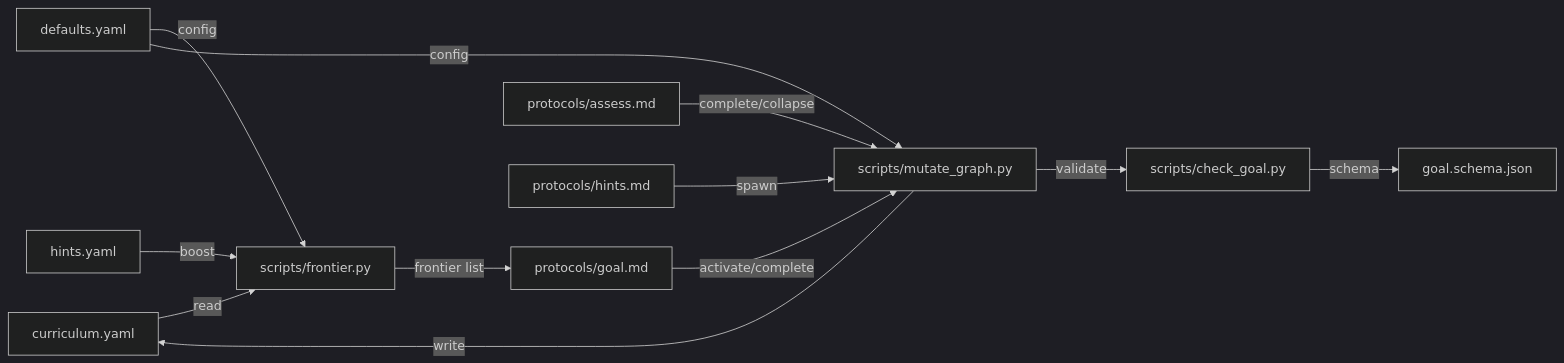
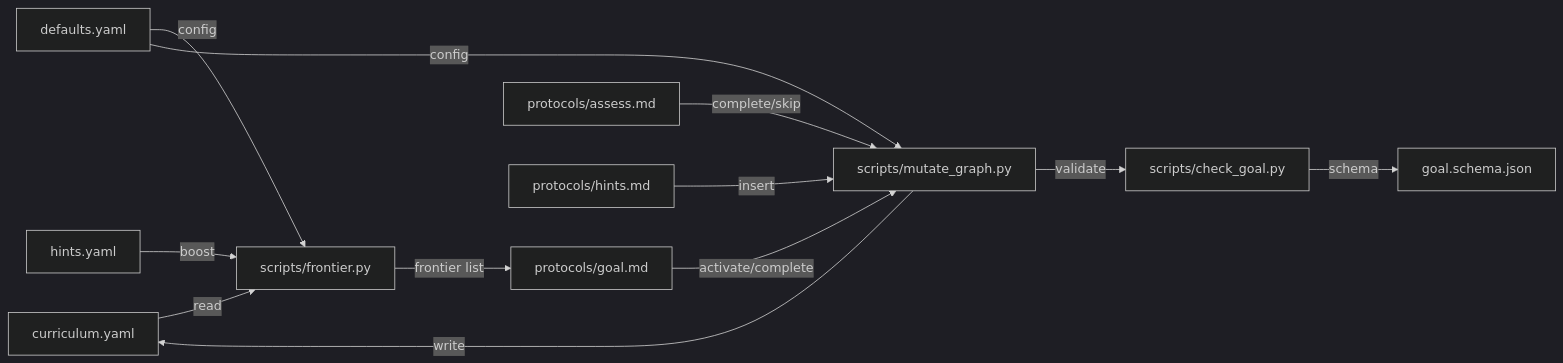
The diagram in docs/design/curriculum-graph.md (altakleos/sensei), drawn with Mermaid (dark theme) before and after one commit. The commit also changed other lines of this file and 36 other files, not shown here.

````diff
--- a/docs/design/curriculum-graph.md
+++ b/docs/design/curriculum-graph.md
@@ -96,14 +96,14 @@
 ```mermaid
 graph LR
     curriculum[curriculum.yaml] -->|read| frontier[scripts/frontier.py]
     hints[hints.yaml] -->|boost| frontier
     defaults[defaults.yaml] -->|config| frontier
     defaults -->|config| mutate
     frontier -->|frontier list| goal[protocols/goal.md]
     goal -->|activate/complete| mutate[scripts/mutate_graph.py]
-    assess[protocols/assess.md] -->|complete/collapse| mutate
-    hints_proto[protocols/hints.md] -->|spawn| mutate
+    assess[protocols/assess.md] -->|complete/skip| mutate
+    hints_proto[protocols/hints.md] -->|insert| mutate
     mutate -->|validate| check[scripts/check_goal.py]
     check -->|schema| schema[goal.schema.json]
     mutate -->|write| curriculum
 ```
````
